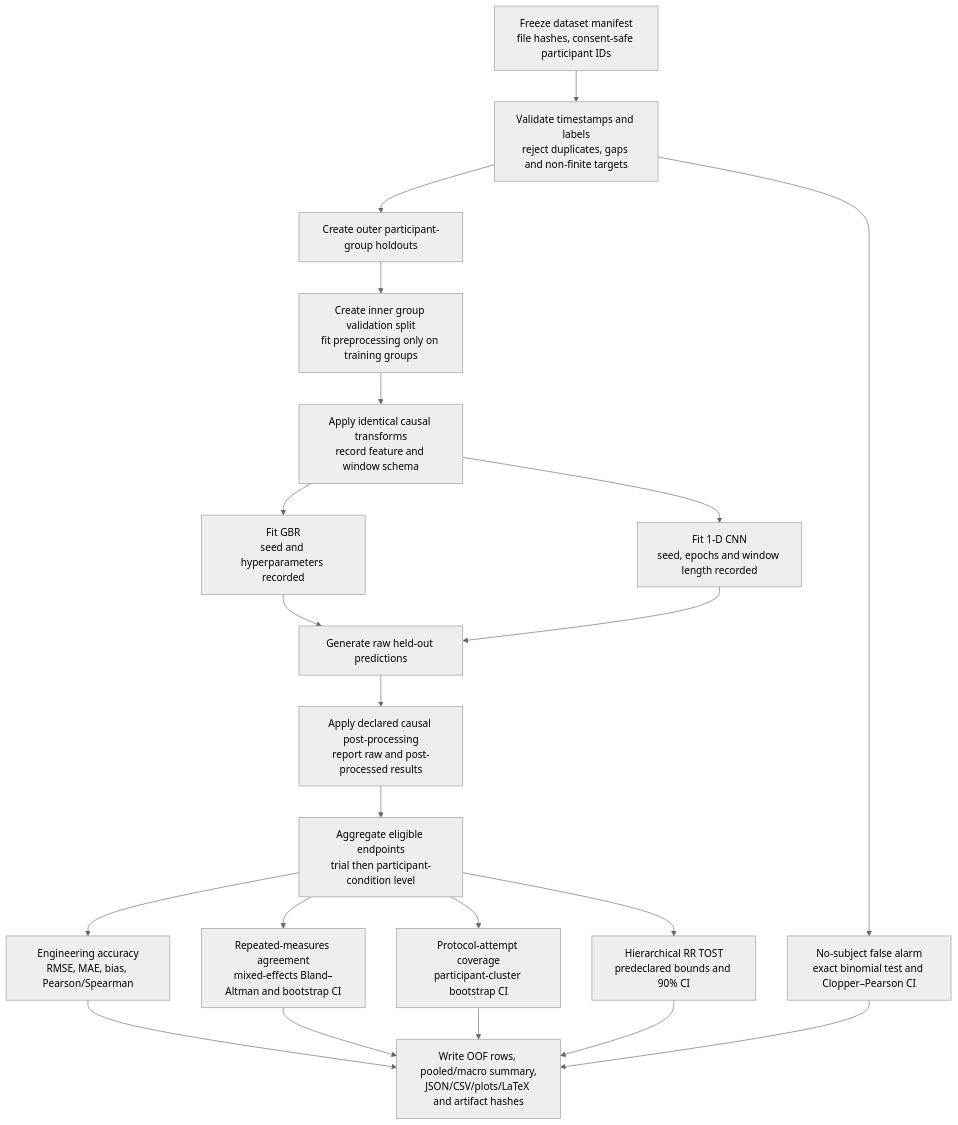
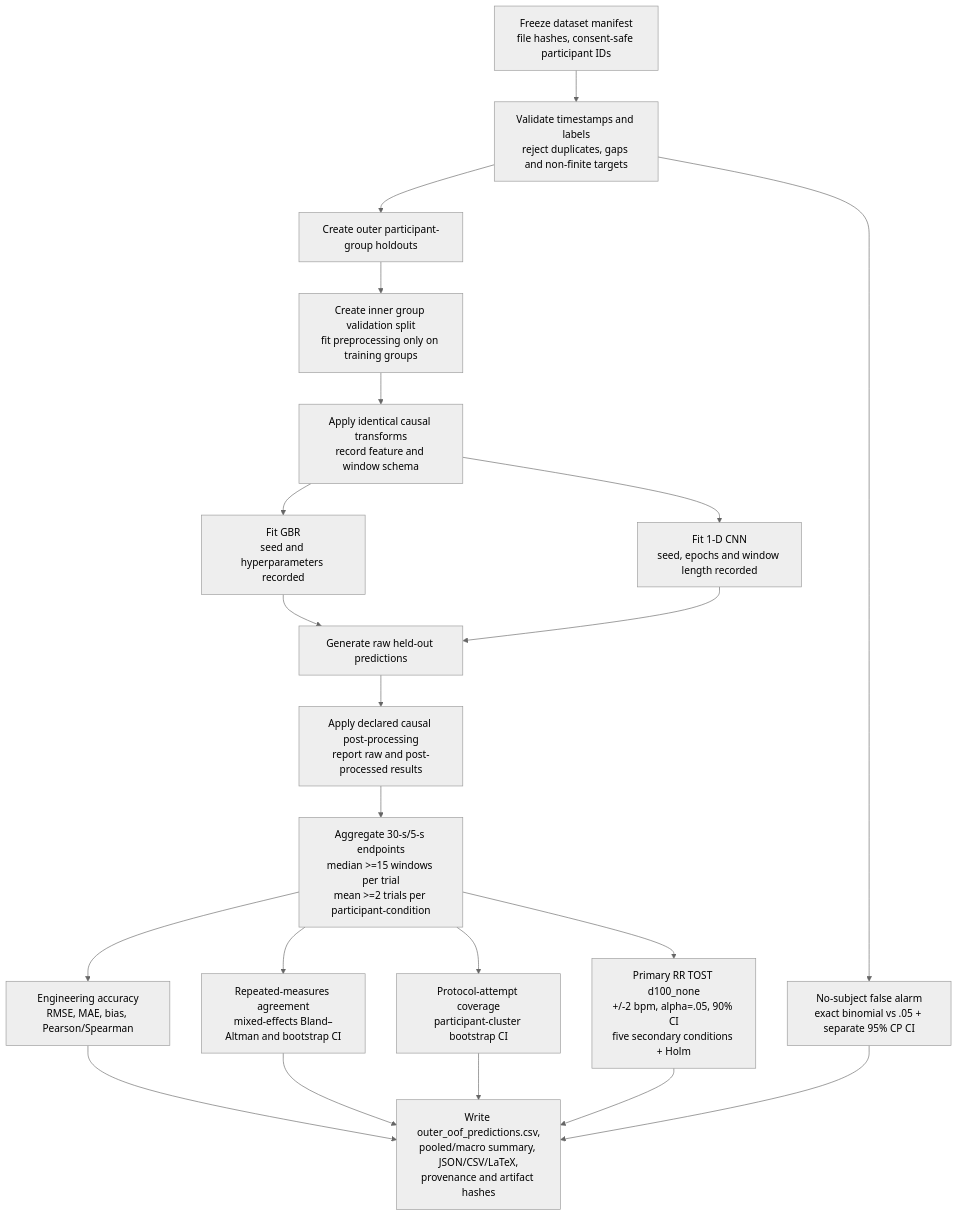
Before and after one commit to blayalems/radar-vital-mmwave-60-davao: the second of 2 diagrams in docs/system-feedback-loop.md, drawn with Mermaid (neutral theme). The commit also changed other lines of this file and 58 other files, not shown here.

````diff
--- a/docs/system-feedback-loop.md
+++ b/docs/system-feedback-loop.md
@@ -76,29 +76,29 @@
 ```mermaid
 flowchart TD
     freeze["Freeze dataset manifest<br/>file hashes, consent-safe participant IDs"]
     validate["Validate timestamps and labels<br/>reject duplicates, gaps and non-finite targets"]
     outer["Create outer participant-group holdouts"]
     inner["Create inner group validation split<br/>fit preprocessing only on training groups"]
     transform["Apply identical causal transforms<br/>record feature and window schema"]
     gbrfit["Fit GBR<br/>seed and hyperparameters recorded"]
     cnnfit["Fit 1-D CNN<br/>seed, epochs and window length recorded"]
     raw["Generate raw held-out predictions"]
     post["Apply declared causal post-processing<br/>report raw and post-processed results"]
-    trial["Aggregate eligible endpoints<br/>trial then participant-condition level"]
+    trial["Aggregate 30-s/5-s endpoints<br/>median >=15 windows per trial<br/>mean >=2 trials per participant-condition"]
     metric["Engineering accuracy<br/>RMSE, MAE, bias, Pearson/Spearman"]
     agreement["Repeated-measures agreement<br/>mixed-effects Bland–Altman and bootstrap CI"]
     coverage["Protocol-attempt coverage<br/>participant-cluster bootstrap CI"]
-    tost["Hierarchical RR TOST<br/>predeclared bounds and 90% CI"]
-    alarm["No-subject false alarm<br/>exact binomial test and Clopper–Pearson CI"]
-    publish["Write OOF rows, pooled/macro summary,<br/>JSON/CSV/plots/LaTeX and artifact hashes"]
+    tost["Primary RR TOST d100_none<br/>+/-2 bpm, alpha=.05, 90% CI<br/>five secondary conditions + Holm"]
+    alarm["No-subject false alarm<br/>exact binomial vs .05 + separate 95% CP CI"]
+    publish["Write outer_oof_predictions.csv,<br/>pooled/macro summary, JSON/CSV/LaTeX,<br/>provenance and artifact hashes"]
 
     freeze --> validate --> outer --> inner --> transform
     transform --> gbrfit --> raw
     transform --> cnnfit --> raw
     raw --> post --> trial
     trial --> metric --> publish
     trial --> agreement --> publish
     trial --> coverage --> publish
     trial --> tost --> publish
     validate --> alarm --> publish
 ```
````
